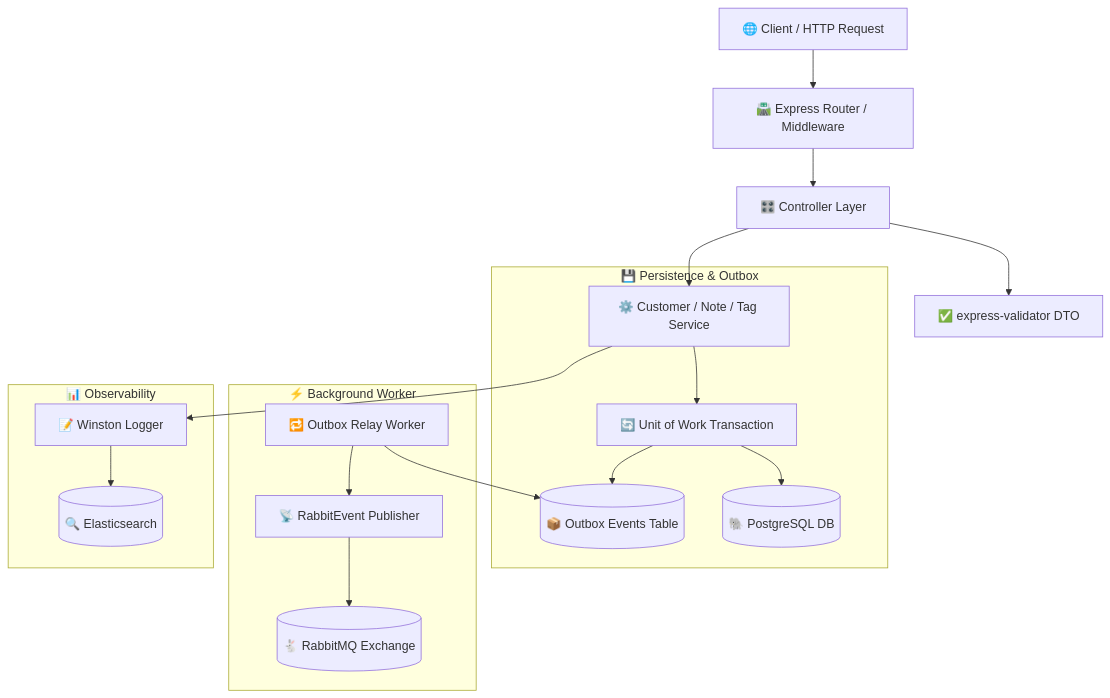
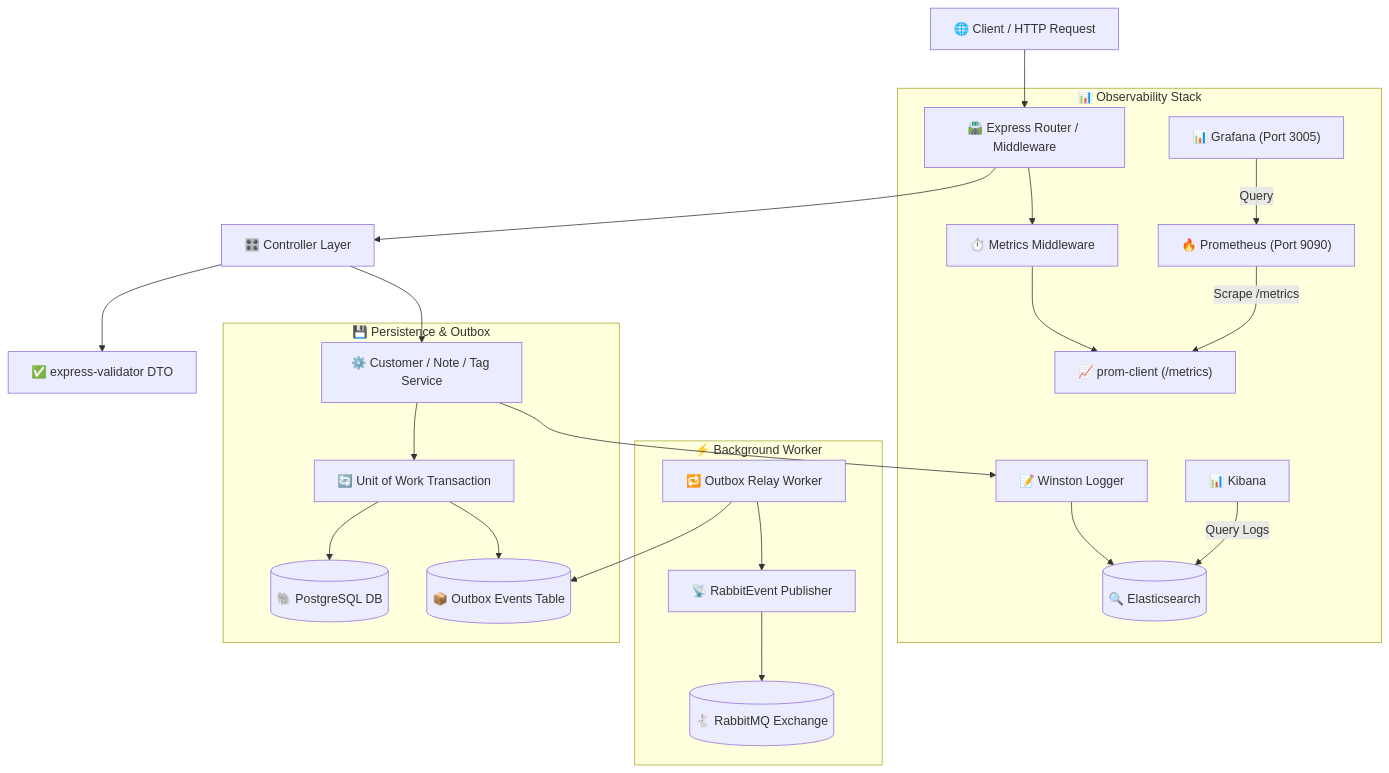
One commit to nrv23/StreamCRM-App changed the first of 2 diagrams in apps/customer-service/README.md. Above: the diagram before and after it, drawn with Mermaid. The commit also changed other lines of this file and 1 other file, not shown here.

````diff
--- a/apps/customer-service/README.md
+++ b/apps/customer-service/README.md
@@ -64,24 +66,29 @@
 ```mermaid
 graph TD
     Client["🌐 Client / HTTP Request"] --> API["🛣️ Express Router / Middleware"]
     API --> Ctrl["🎛️ Controller Layer"]
     Ctrl --> Validator["✅ express-validator DTO"]
     Ctrl --> Service["⚙️ Customer / Note / Tag Service"]
     
     subgraph Persistence ["💾 Persistence & Outbox"]
         Service --> UOW["🔄 Unit of Work Transaction"]
         UOW --> DB[("🐘 PostgreSQL DB")]
         UOW --> Outbox[("📦 Outbox Events Table")]
     end
 
     subgraph Background ["⚡ Background Worker"]
         OutboxRelay["🔁 Outbox Relay Worker"] --> Outbox
         OutboxRelay --> Publisher["📡 RabbitEvent Publisher"]
         Publisher --> RabbitMQ[("🐇 RabbitMQ Exchange")]
     end
 
-    subgraph Logging ["📊 Observability"]
+    subgraph Observability ["📊 Observability Stack"]
+        API --> MetricsMiddleware["⏱️ Metrics Middleware"]
+        MetricsMiddleware --> PromClient["📈 prom-client (/metrics)"]
+        Prometheus["🔥 Prometheus (Port 9090)"] -->|Scrape /metrics| PromClient
+        Grafana["📊 Grafana (Port 3005)"] -->|Query| Prometheus
         Service --> Logger["📝 Winston Logger"]
         Logger --> ES[("🔍 Elasticsearch")]
+        Kibana["📊 Kibana"] -->|Query Logs| ES
     end
 ```
````
